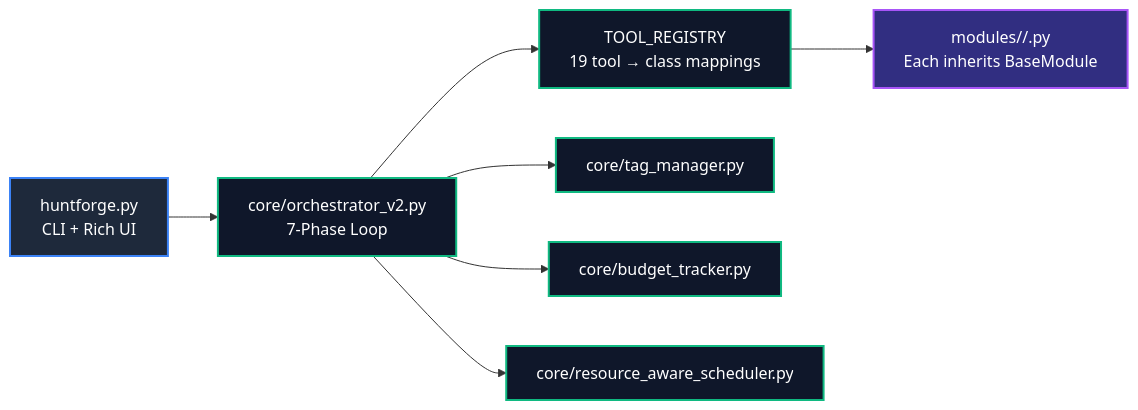
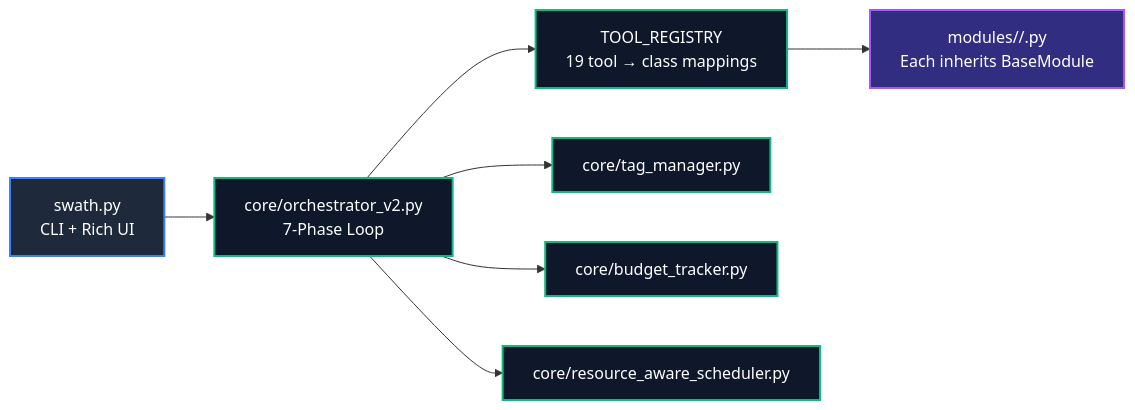
The fourth of 4 diagrams in README.md (Nimesh-Nakum/huntforge), drawn with Mermaid before and after one commit. The commit also changed other lines of this file and 35 other files, not shown here.

````diff
--- a/README.md
+++ b/README.md
@@ -655,13 +655,13 @@
 ```mermaid
 flowchart LR
     classDef entry fill:#1e293b,stroke:#3b82f6,stroke-width:2px,color:#fff
     classDef core fill:#0f172a,stroke:#10b981,stroke-width:2px,color:#fff
     classDef mod fill:#312e81,stroke:#a855f7,stroke-width:2px,color:#fff
 
-    CLI["huntforge.py<br/>CLI + Rich UI"]:::entry --> ORCH["core/orchestrator_v2.py<br/>7-Phase Loop"]:::core
+    CLI["swath.py<br/>CLI + Rich UI"]:::entry --> ORCH["core/orchestrator_v2.py<br/>7-Phase Loop"]:::core
     ORCH --> REG["TOOL_REGISTRY<br/>19 tool → class mappings"]:::core
     REG --> MOD["modules/<phase>/<tool>.py<br/>Each inherits BaseModule"]:::mod
     ORCH --> TM["core/tag_manager.py"]:::core
     ORCH --> BT["core/budget_tracker.py"]:::core
     ORCH --> SCH["core/resource_aware_scheduler.py"]:::core
 ```
````
